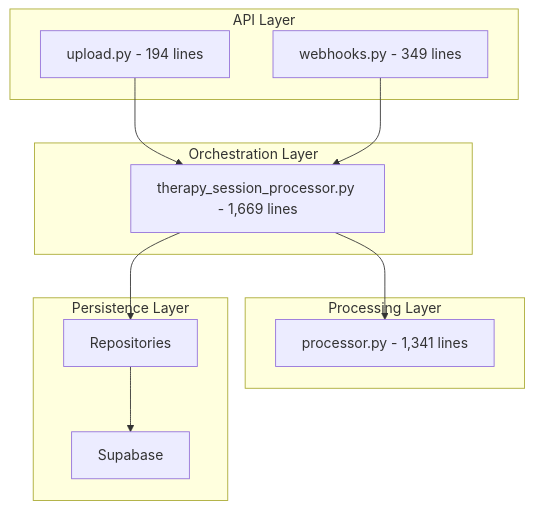
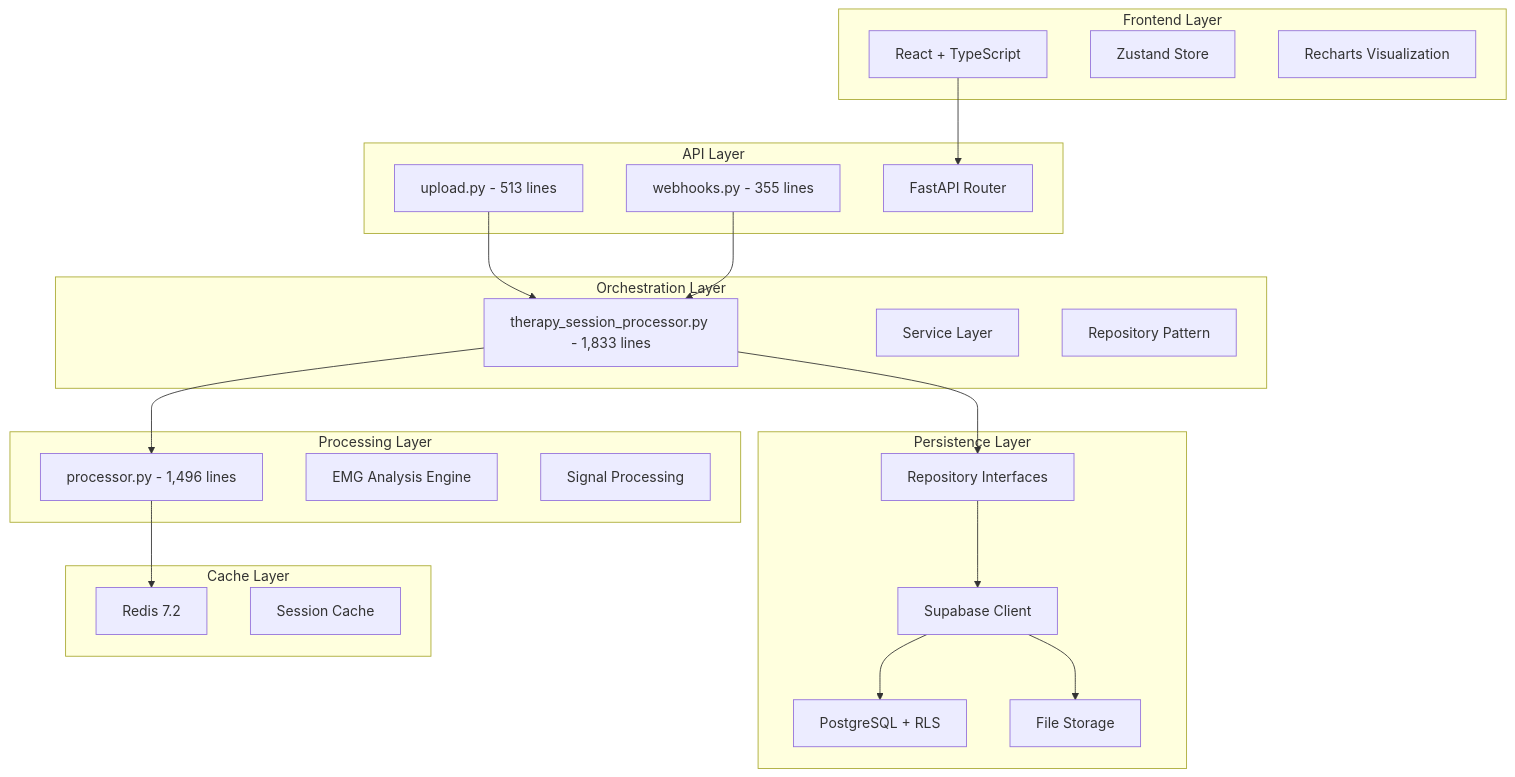
One commit to ggustin93/emg-c3d-analyzer changed the first of 3 diagrams in docusaurus/docs/architecture/overview.md. Above: the diagram before and after it, drawn with Mermaid. The commit also changed other lines of this file, not shown here.

Commit message:
docs: Update architecture overview with detailed layer descriptions and domain organization

````diff
--- a/docusaurus/docs/architecture/overview.md
+++ b/docusaurus/docs/architecture/overview.md
@@ -12,26 +12,48 @@
 ```mermaid
 graph TB
+    subgraph "Frontend Layer"
+        UI[React + TypeScript]
+        State[Zustand Store]
+        Chart[Recharts Visualization]
+    end
+    
     subgraph "API Layer"
-        A1[upload.py - 194 lines]
-        A2[webhooks.py - 349 lines]
+        A1[upload.py - 513 lines]
+        A2[webhooks.py - 355 lines]
+        A3[FastAPI Router]
     end
     
     subgraph "Orchestration Layer"
-        O1[therapy_session_processor.py - 1,669 lines]
+        O1[therapy_session_processor.py - 1,833 lines]
+        O2[Service Layer]
+        O3[Repository Pattern]
     end
     
     subgraph "Processing Layer"
-        P1[processor.py - 1,341 lines]
+        P1[processor.py - 1,496 lines]
+        P2[EMG Analysis Engine]
+        P3[Signal Processing]
     end
     
     subgraph "Persistence Layer"
-        D1[Repositories]
-        D2[Supabase]
+        D1[Repository Interfaces]
+        D2[Supabase Client]
+        D3[PostgreSQL + RLS]
+        D4[File Storage]
     end
     
+    subgraph "Cache Layer"
+        C1[Redis 7.2]
+        C2[Session Cache]
+    end
+    
+    UI --> A3
     A1 --> O1
     A2 --> O1
     O1 --> P1
     O1 --> D1
+    P1 --> C1
     D1 --> D2
+    D2 --> D3
+    D2 --> D4
 ```
````
